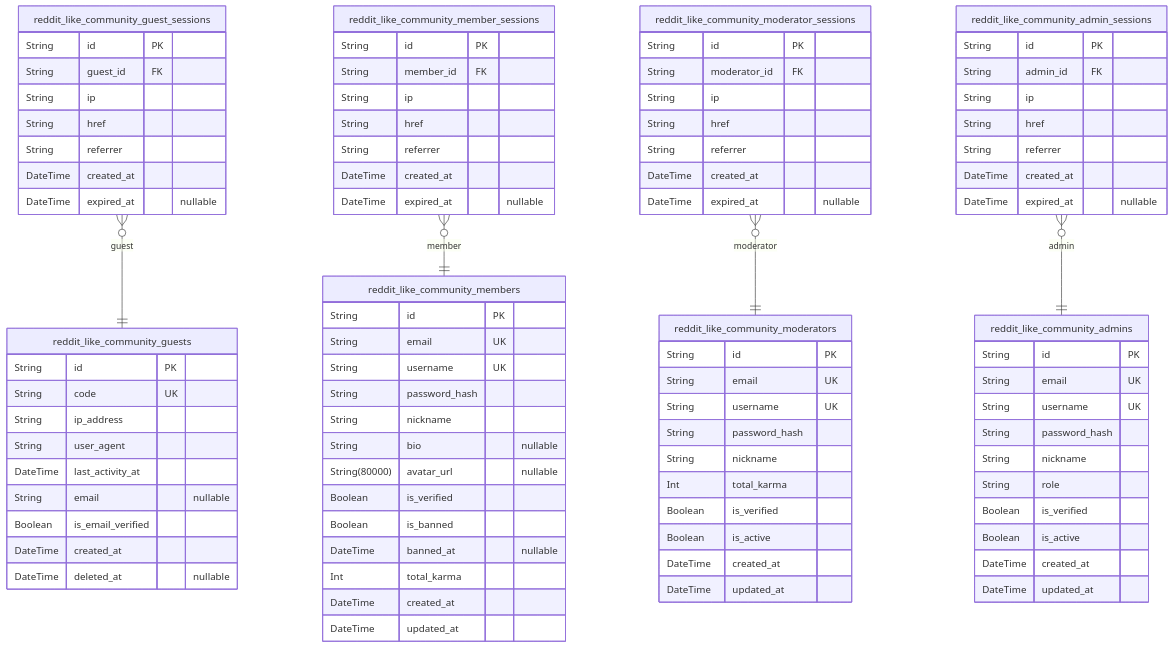
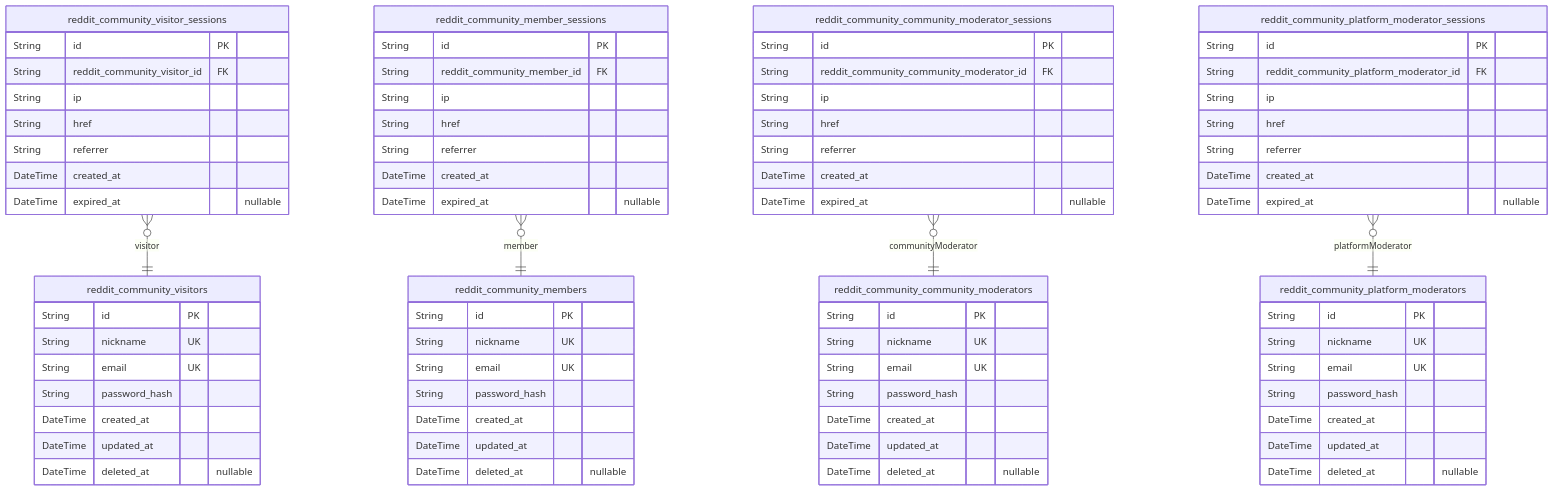
One commit to wrtnlabs/autobe-examples changed the second of 8 diagrams in moonshotai/kimi-k2-0905-exacto/reddit/docs/ERD.md. Above: the diagram before and after it, drawn with Mermaid. The commit also changed other lines of this file and 22498 other files, not shown here.

````diff
--- a/moonshotai/kimi-k2-0905-exacto/reddit/docs/ERD.md
+++ b/moonshotai/kimi-k2-0905-exacto/reddit/docs/ERD.md
@@ -247,93 +208,79 @@
 ```mermaid
 erDiagram
-"reddit_like_community_guests" {
+"reddit_community_visitors" {
   String id PK
-  String code UK
-  String ip_address
-  String user_agent
-  DateTime last_activity_at
-  String email "nullable"
-  Boolean is_email_verified
+  String nickname UK
+  String email UK
+  String password_hash
   DateTime created_at
+  DateTime updated_at
   DateTime deleted_at "nullable"
 }
-"reddit_like_community_guest_sessions" {
+"reddit_community_members" {
   String id PK
-  String guest_id FK
+  String nickname UK
+  String email UK
+  String password_hash
+  DateTime created_at
+  DateTime updated_at
+  DateTime deleted_at "nullable"
+}
+"reddit_community_community_moderators" {
+  String id PK
+  String nickname UK
+  String email UK
+  String password_hash
+  DateTime created_at
+  DateTime updated_at
+  DateTime deleted_at "nullable"
+}
+"reddit_community_platform_moderators" {
+  String id PK
+  String nickname UK
+  String email UK
+  String password_hash
+  DateTime created_at
+  DateTime updated_at
+  DateTime deleted_at "nullable"
+}
+"reddit_community_visitor_sessions" {
+  String id PK
+  String reddit_community_visitor_id FK
   String ip
   String href
   String referrer
   DateTime created_at
   DateTime expired_at "nullable"
 }
-"reddit_like_community_members" {
+"reddit_community_member_sessions" {
   String id PK
-  String email UK
-  String username UK
-  String password_hash
-  String nickname
-  String bio "nullable"
-  String(80000) avatar_url "nullable"
-  Boolean is_verified
-  Boolean is_banned
-  DateTime banned_at "nullable"
-  Int total_karma
-  DateTime created_at
-  DateTime updated_at
-}
-"reddit_like_community_member_sessions" {
-  String id PK
-  String member_id FK
+  String reddit_community_member_id FK
   String ip
   String href
   String referrer
   DateTime created_at
   DateTime expired_at "nullable"
 }
-"reddit_like_community_moderators" {
+"reddit_community_community_moderator_sessions" {
   String id PK
-  String email UK
-  String username UK
-  String password_hash
-  String nickname
-  Int total_karma
-  Boolean is_verified
-  Boolean is_active
-  DateTime created_at
-  DateTime updated_at
-}
-"reddit_like_community_moderator_sessions" {
-  String id PK
-  String moderator_id FK
+  String reddit_community_community_moderator_id FK
   String ip
   String href
   String referrer
   DateTime created_at
   DateTime expired_at "nullable"
 }
-"reddit_like_community_admins" {
+"reddit_community_platform_moderator_sessions" {
   String id PK
-  String email UK
-  String username UK
-  String password_hash
-  String nickname
-  String role
-  Boolean is_verified
-  Boolean is_active
-  DateTime created_at
-  DateTime updated_at
-}
-"reddit_like_community_admin_sessions" {
-  String id PK
-  String admin_id FK
+  String reddit_community_platform_moderator_id FK
   String ip
   String href
   String referrer
   DateTime created_at
   DateTime expired_at "nullable"
 }
-"reddit_like_community_guest_sessions" }o--|| "reddit_like_community_guests" : guest
-"reddit_like_community_member_sessions" }o--|| "reddit_like_community_members" : member
-"reddit_like_community_moderator_sessions" }o--|| "reddit_like_community_moderators" : moderator
-"reddit_like_community_admin_sessions" }o--|| "reddit_like_community_admins" : admin
+"reddit_community_visitor_sessions" }o--|| "reddit_community_visitors" : visitor
+"reddit_community_member_sessions" }o--|| "reddit_community_members" : member
+"reddit_community_community_moderator_sessions" }o--|| "reddit_community_community_moderators" : communityModerator
+"reddit_community_platform_moderator_sessions" }o--|| "reddit_community_platform_moderators" : platformModerator
 ```
````
